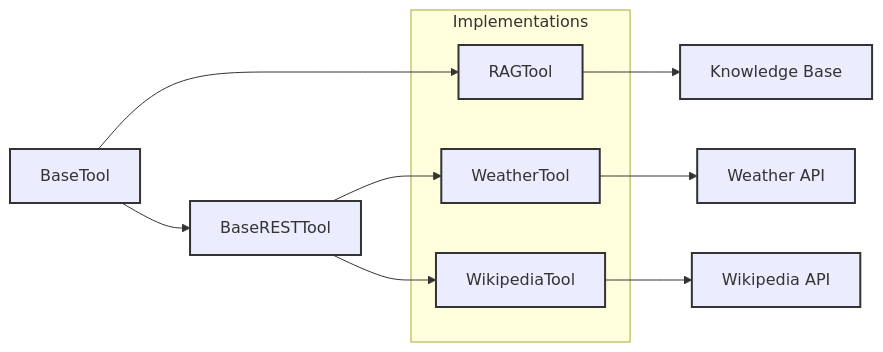
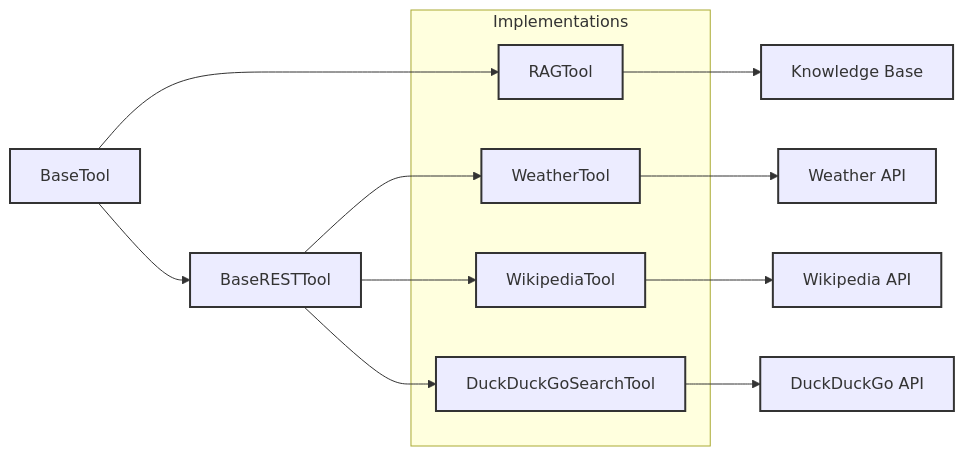
Before and after one commit to krab7191/flexo: the diagram in docs/reference/tools/implementations/index.md, drawn with Mermaid. The commit also changed other lines of this file and 44 other files, not shown here.

````diff
--- a/docs/reference/tools/implementations/index.md
+++ b/docs/reference/tools/implementations/index.md
@@ -9,26 +9,31 @@
 ```mermaid
 graph LR
     A[BaseTool] --> B[RAGTool]
     A --> F[BaseRESTTool]
     F --> C[WeatherTool]
     F --> G[WikipediaTool]
+    F --> I[DuckDuckGoSearchTool]
     
     subgraph Implementations
         B
         C
         G
+        I
     end
     
     B --> D[Knowledge Base]
     C --> E[Weather API]
     G --> H[Wikipedia API]
+    I --> J[DuckDuckGo API]
     
     style A stroke:#333,stroke-width:2px
     style F stroke:#333,stroke-width:2px
     style B stroke:#333,stroke-width:2px
     style C stroke:#333,stroke-width:2px
     style D stroke:#333,stroke-width:2px
     style E stroke:#333,stroke-width:2px
     style G stroke:#333,stroke-width:2px
     style H stroke:#333,stroke-width:2px
+    style I stroke:#333,stroke-width:2px
+    style J stroke:#333,stroke-width:2px
 ```
````
